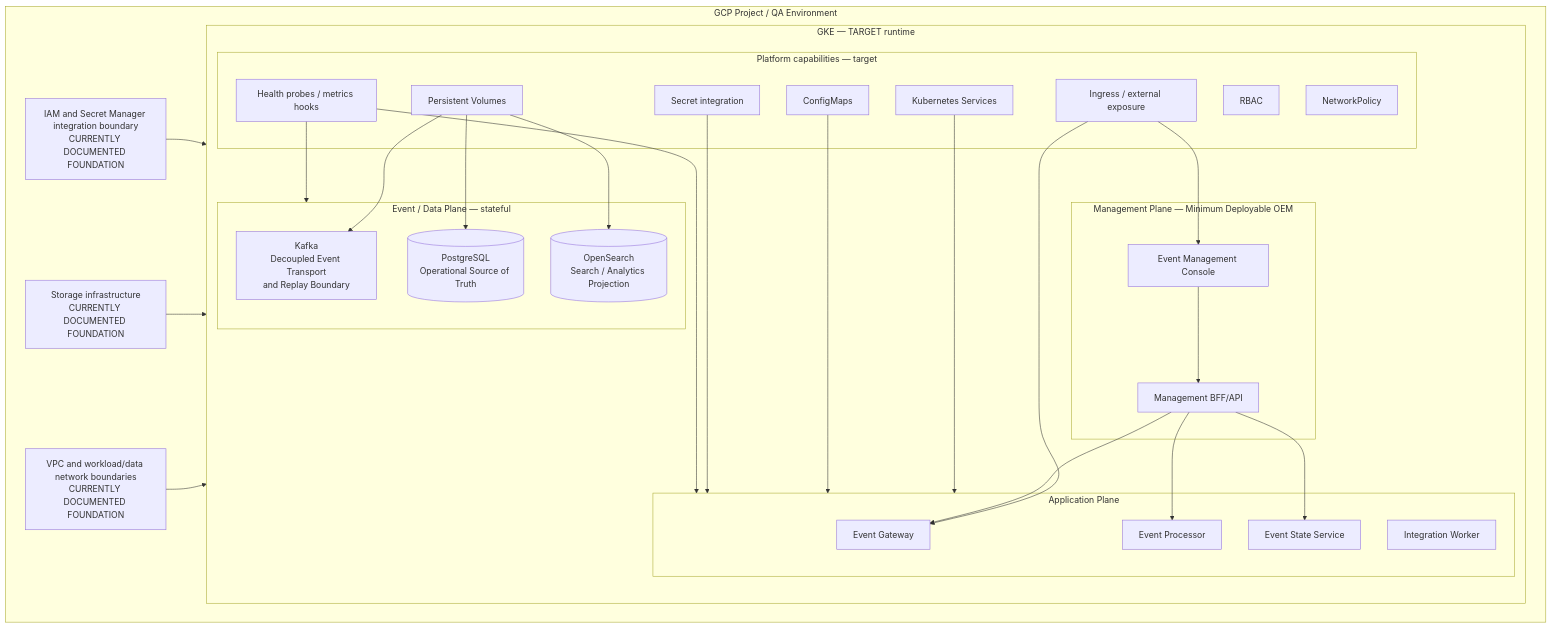
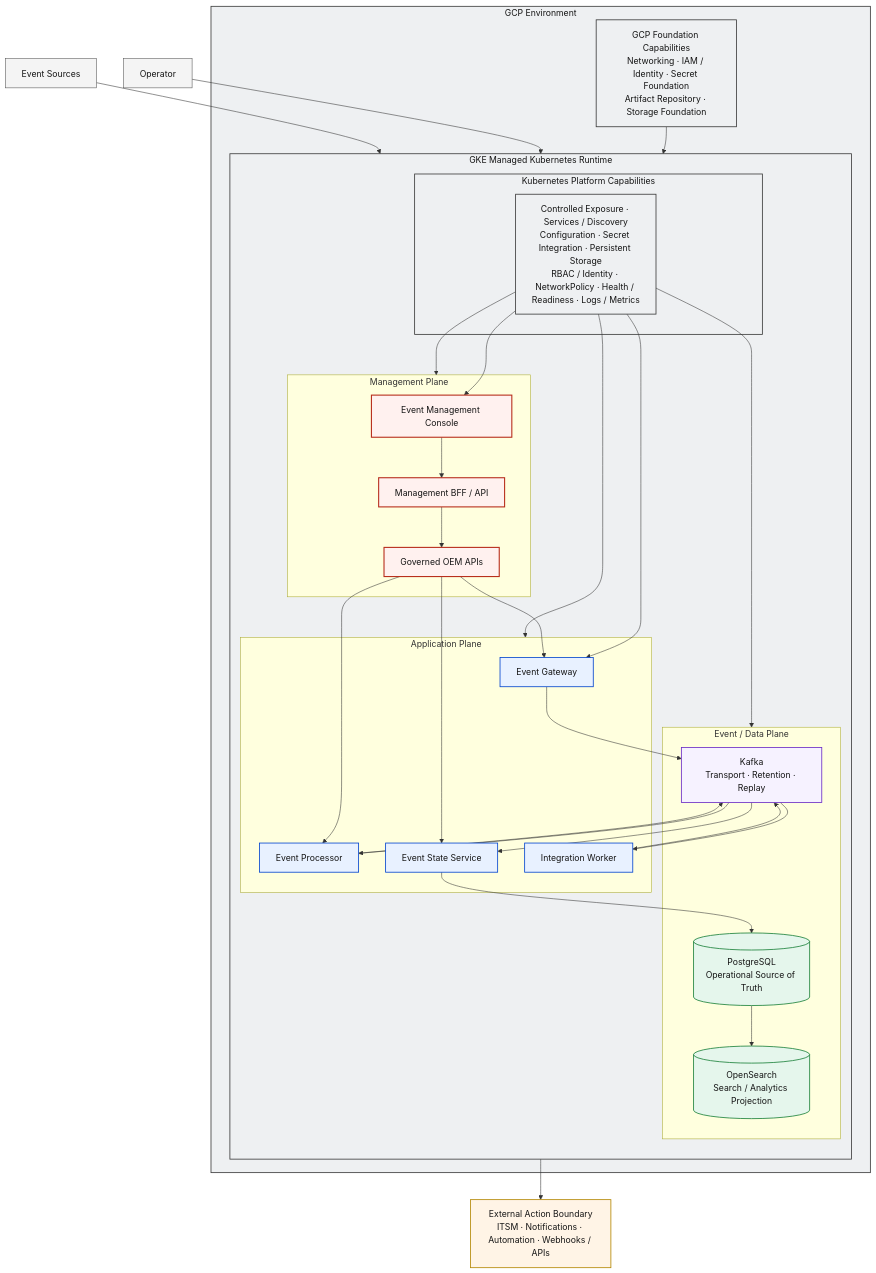
Before and after one commit to eventmgmtplatform/docs: the second of 3 diagrams in docs/architecture/d4-qa-gke-minimum-target.md, drawn with Mermaid. The commit also changed other lines of this file and 4 other files, not shown here.

Commit message:
docs(architecture): redesign D4 QA GKE architecture

````diff
--- a/docs/architecture/d4-qa-gke-minimum-target.md
+++ b/docs/architecture/d4-qa-gke-minimum-target.md
@@ -34,58 +100,69 @@
 ```mermaid
 flowchart TB
-  subgraph GCP[GCP Project / QA Environment]
-    VPC[VPC and workload/data network boundaries\nCURRENTLY DOCUMENTED FOUNDATION]
-    IAM[IAM and Secret Manager integration boundary\nCURRENTLY DOCUMENTED FOUNDATION]
-    STORE[Storage infrastructure\nCURRENTLY DOCUMENTED FOUNDATION]
+  SOURCES[Event Sources]
+  OPERATOR[Operator]
 
-    subgraph GKE[GKE — TARGET runtime]
+  subgraph GCP[GCP Environment]
+    FOUNDATION[GCP Foundation Capabilities<br/>Networking · IAM / Identity · Secret Foundation<br/>Artifact Repository · Storage Foundation]
+
+    subgraph GKE[GKE Managed Kubernetes Runtime]
       direction TB
-      subgraph CAP[Platform capabilities — target]
-        INGRESS[Ingress / external exposure]
-        SVC[Kubernetes Services]
-        CFG[ConfigMaps]
-        SECRET[Secret integration]
-        PV[Persistent Volumes]
-        RBAC[RBAC]
-        NP[NetworkPolicy]
-        HEALTH[Health probes / metrics hooks]
+
+      subgraph PLATFORM[Kubernetes Platform Capabilities]
+        CAPABILITIES[Controlled Exposure · Services / Discovery<br/>Configuration · Secret Integration · Persistent Storage<br/>RBAC / Identity · NetworkPolicy · Health / Readiness · Logs / Metrics]
       end
 
-      subgraph MGMT[Management Plane — Minimum Deployable OEM]
+      subgraph MANAGEMENT[Management Plane]
         CONSOLE[Event Management Console]
-        BFF[Management BFF/API]
-        CONSOLE --> BFF
+        BFF[Management BFF / API]
+        APIS[Governed OEM APIs]
+        CONSOLE --> BFF --> APIS
       end
 
-      subgraph APP[Application Plane]
-        GW[Event Gateway]
-        EP[Event Processor]
-        IW[Integration Worker]
+      subgraph APPLICATION[Application Plane]
+        GATEWAY[Event Gateway]
+        PROCESSOR[Event Processor]
+        WORKER[Integration Worker]
         ESS[Event State Service]
       end
 
-      subgraph DATA[Event / Data Plane — stateful]
-        K[Kafka\nDecoupled Event Transport\nand Replay Boundary]
-        PG[(PostgreSQL\nOperational Source of Truth)]
-        OS[(OpenSearch\nSearch / Analytics Projection)]
+      subgraph EVENTDATA[Event / Data Plane]
+        KAFKA[Kafka<br/>Transport · Retention · Replay]
+        POSTGRES[(PostgreSQL<br/>Operational Source of Truth)]
+        OPENSEARCH[(OpenSearch<br/>Search / Analytics Projection)]
       end
     end
   end
 
-  VPC --> GKE
-  IAM --> SECRET
-  STORE --> PV
-  INGRESS --> CONSOLE
-  INGRESS --> GW
-  BFF --> GW
-  BFF --> EP
-  BFF --> ESS
-  SVC --> APP
-  CFG --> APP
-  SECRET --> APP
-  PV --> K
-  PV --> PG
-  PV --> OS
-  HEALTH --> APP
-  HEALTH --> DATA
+  ACTIONS[External Action Boundary<br/>ITSM · Notifications · Automation · Webhooks / APIs]
+
+  FOUNDATION --> GKE
+  SOURCES --> CAPABILITIES --> GATEWAY
+  OPERATOR --> CAPABILITIES --> CONSOLE
+  CAPABILITIES --> MANAGEMENT
+  CAPABILITIES --> APPLICATION
+  CAPABILITIES --> EVENTDATA
+  APIS --> GATEWAY
+  APIS --> PROCESSOR
+  APIS --> ESS
+  GATEWAY --> KAFKA --> PROCESSOR
+  PROCESSOR --> KAFKA --> WORKER
+  WORKER --> ACTIONS
+  WORKER --> KAFKA --> ESS --> POSTGRES --> OPENSEARCH
+
+  classDef external fill:#f4f4f4,stroke:#525252,color:#161616,stroke-width:1px;
+  classDef management fill:#fff1ef,stroke:#b72c1a,color:#161616,stroke-width:2px;
+  classDef application fill:#e8f1ff,stroke:#0043ce,color:#161616,stroke-width:1.5px;
+  classDef messaging fill:#f6f2ff,stroke:#6929c4,color:#161616,stroke-width:1.5px;
+  classDef data fill:#e5f6ec,stroke:#198038,color:#161616,stroke-width:1.5px;
+  classDef integration fill:#fff4e6,stroke:#b28600,color:#161616,stroke-width:1.5px;
+  classDef infrastructure fill:#eef0f2,stroke:#393939,color:#161616,stroke-width:1.5px;
+
+  class SOURCES,OPERATOR external;
+  class CONSOLE,BFF,APIS management;
+  class GATEWAY,PROCESSOR,WORKER,ESS application;
+  class KAFKA messaging;
+  class POSTGRES,OPENSEARCH data;
+  class ACTIONS integration;
+  class GCP,FOUNDATION,GKE,PLATFORM,CAPABILITIES infrastructure;
 ```
````
